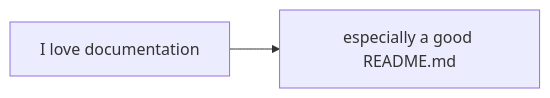
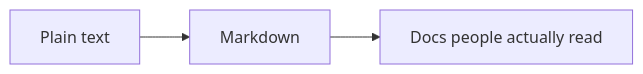
The diagram in README.md (NikhilMath/NikhilMath), drawn with Mermaid before and after one commit. The commit also changed other lines of this file, not shown here.

Commit message:
Turn profile README into a love letter to documentation and Markdown

````diff
--- a/README.md
+++ b/README.md
@@ -5,4 +17,4 @@
 ```mermaid
 flowchart LR
-    A[I love documentation] --> B[especially a good README.md]
+    A[Plain text] --> B[Markdown] --> C[Docs people actually read]
 ```
````
